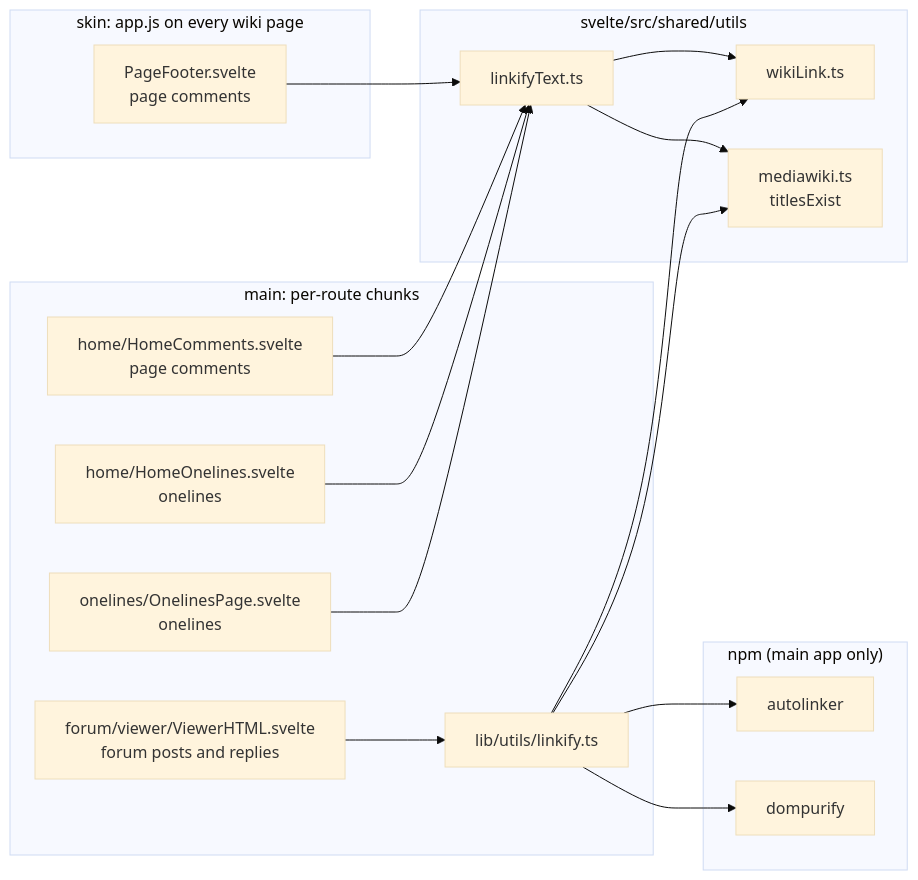
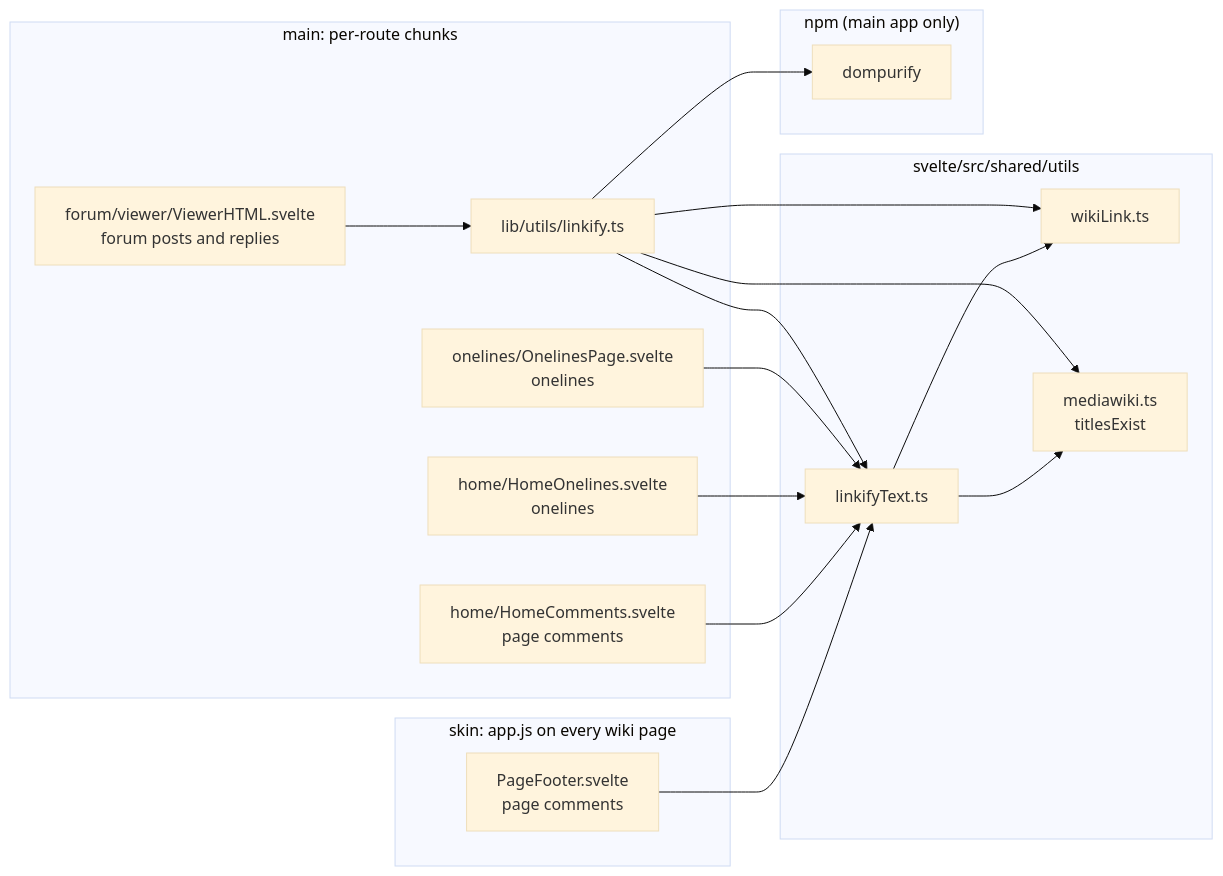
The diagram in docs/front.md (zetaoss/zengine), drawn with Mermaid (base theme) before and after one commit. The commit also changed other lines of this file, not shown here.

First line of the commit message:
docs: describe linkify without autolinker (#503)

````diff
--- a/docs/front.md
+++ b/docs/front.md
@@ -43,38 +43,37 @@
 ```mermaid
 flowchart LR
   subgraph skin["skin: app.js on every wiki page"]
     PageFooter["PageFooter.svelte<br/>page comments"]
   end
 
   subgraph main["main: per-route chunks"]
     HomeComments["home/HomeComments.svelte<br/>page comments"]
     HomeOnelines["home/HomeOnelines.svelte<br/>onelines"]
     OnelinesPage["onelines/OnelinesPage.svelte<br/>onelines"]
     ViewerHTML["forum/viewer/ViewerHTML.svelte<br/>forum posts and replies"]
     linkify["lib/utils/linkify.ts"]
   end
 
   subgraph shared["svelte/src/shared/utils"]
     linkifyText["linkifyText.ts"]
     wikiLink["wikiLink.ts"]
     mediawiki["mediawiki.ts<br/>titlesExist"]
   end
 
   subgraph npm["npm (main app only)"]
-    autolinker["autolinker"]
     dompurify["dompurify"]
   end
 
   PageFooter --> linkifyText
   HomeComments --> linkifyText
   HomeOnelines --> linkifyText
   OnelinesPage --> linkifyText
   ViewerHTML --> linkify
 
   linkifyText --> wikiLink
   linkifyText --> mediawiki
+  linkify --> linkifyText
   linkify --> wikiLink
   linkify --> mediawiki
-  linkify --> autolinker
   linkify --> dompurify
 ```
````
